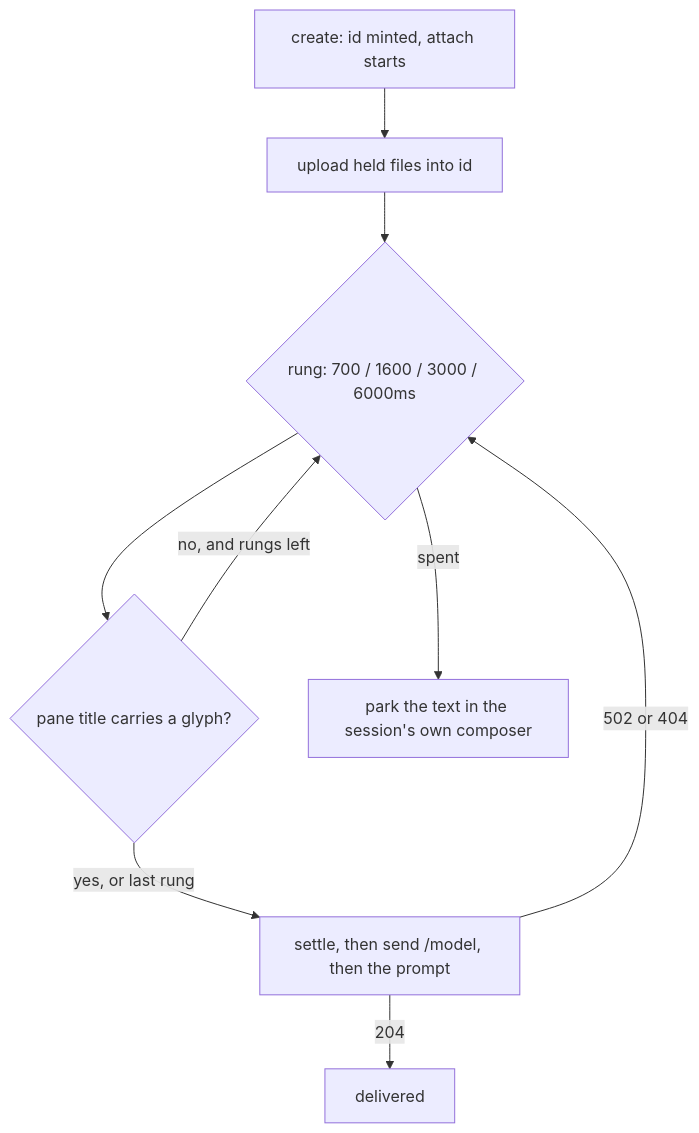
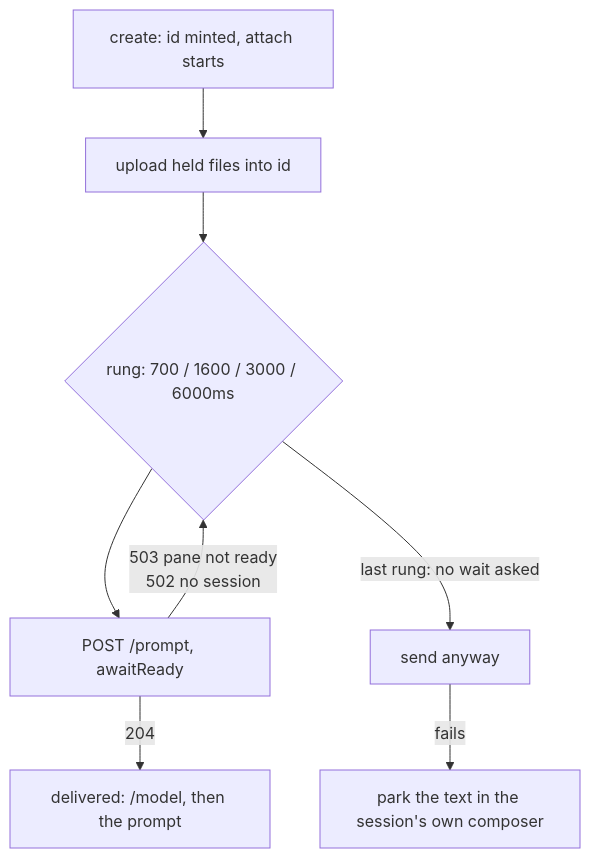
The fourth of 4 diagrams in docs/plans/2026-09-04-prompt-first-sessions-design.md (ViktorBarzin/terminal-lobby), drawn with Mermaid before and after one commit. The commit also changed other lines of this file and 9 other files, not shown here.

First line of the commit message:
fix(prompt): wait for the pane with the check we already had

````diff
--- a/docs/plans/2026-09-04-prompt-first-sessions-design.md
+++ b/docs/plans/2026-09-04-prompt-first-sessions-design.md
@@ -387,11 +392,10 @@
 ```mermaid
 flowchart TD
     C["create: id minted, attach starts"] --> U["upload held files into id"]
     U --> L{"rung: 700 / 1600 / 3000 / 6000ms"}
-    L --> R{"pane title carries a glyph?"}
-    R -->|no, and rungs left| L
-    R -->|yes, or last rung| S["settle, then send /model, then the prompt"]
-    S -->|502 or 404| L
-    S -->|204| D["delivered"]
-    L -->|spent| P["park the text in the session's own composer"]
+    L --> S["POST /prompt, awaitReady"]
+    S -->|"503 pane not ready<br/>502 no session"| L
+    S -->|204| D["delivered: /model, then the prompt"]
+    L -->|"last rung: no wait asked"| F["send anyway"]
+    F -->|fails| P["park the text in the session's own composer"]
 ```
````
